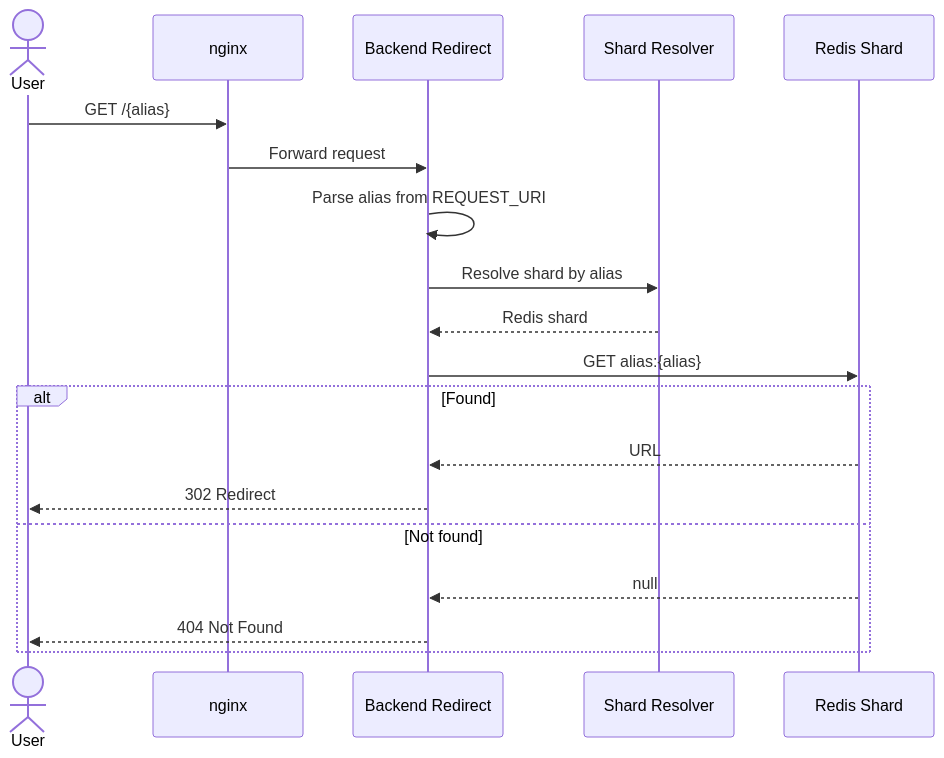
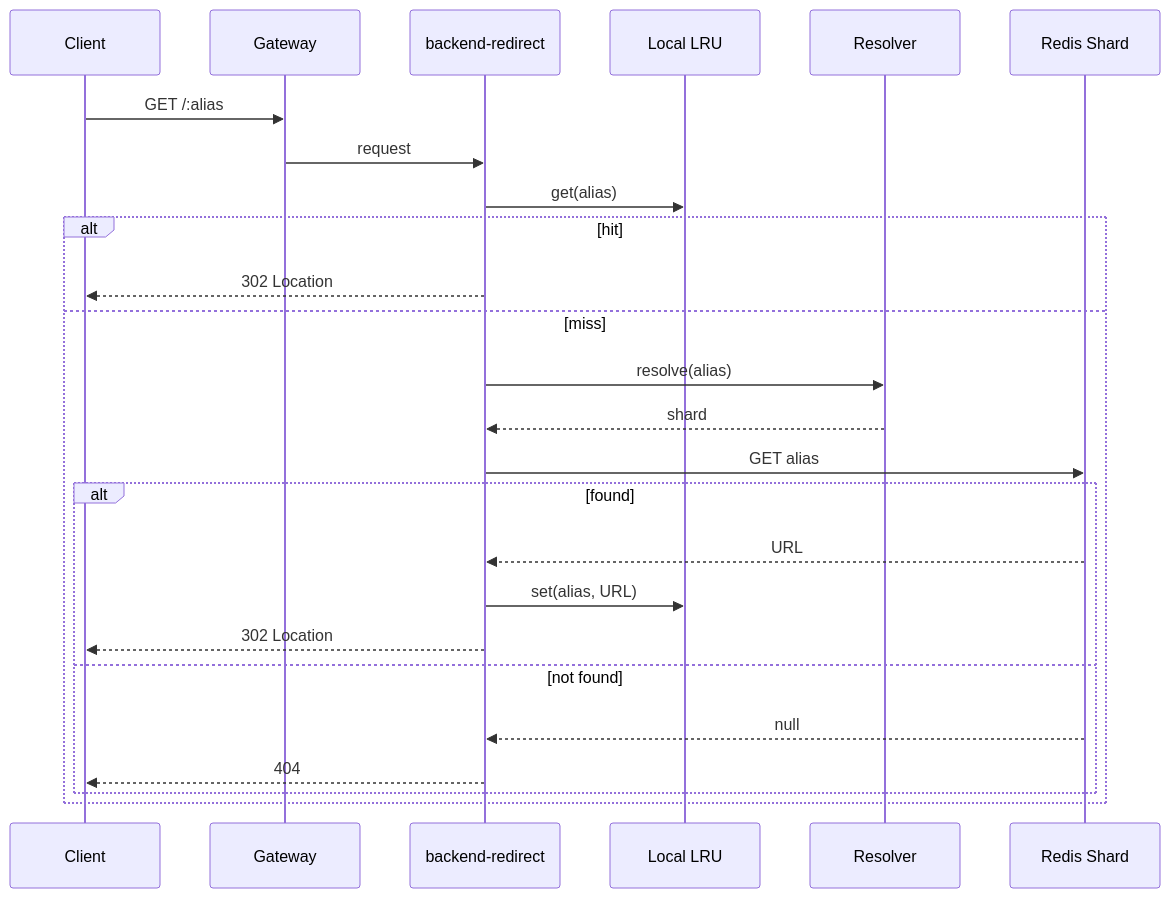
The fourth of 7 diagrams in variants/distributed/ARCHITECTURE.md (sumiredc/alias-url), drawn with Mermaid before and after one commit. The commit also changed other lines of this file and 12 other files, not shown here.

````diff
--- a/variants/distributed/ARCHITECTURE.md
+++ b/variants/distributed/ARCHITECTURE.md
@@ -156,23 +89,28 @@
 ```mermaid
 sequenceDiagram
-    actor User
-    participant LB as nginx
-    participant Backend as Backend Redirect
-    participant Resolver as Shard Resolver
-    participant Redis as Redis Shard
+    participant C as Client
+    participant G as Gateway
+    participant R as backend-redirect
+    participant L as Local LRU
+    participant H as Resolver
+    participant S as Redis Shard
 
-    User->>LB: GET /{alias}
-    LB->>Backend: Forward request
-    Backend->>Backend: Parse alias from REQUEST_URI
-    Backend->>Resolver: Resolve shard by alias
-    Resolver-->>Backend: Redis shard
-    Backend->>Redis: GET alias:{alias}
-
-    alt Found
-        Redis-->>Backend: URL
-        Backend-->>User: 302 Redirect
-    else Not found
-        Redis-->>Backend: null
-        Backend-->>User: 404 Not Found
+    C->>G: GET /:alias
+    G->>R: request
+    R->>L: get(alias)
+    alt hit
+        R-->>C: 302 Location
+    else miss
+        R->>H: resolve(alias)
+        H-->>R: shard
+        R->>S: GET alias
+        alt found
+            S-->>R: URL
+            R->>L: set(alias, URL)
+            R-->>C: 302 Location
+        else not found
+            S-->>R: null
+            R-->>C: 404
+        end
     end
 ```
````
